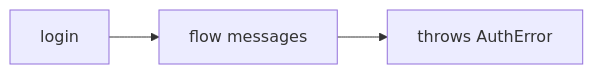
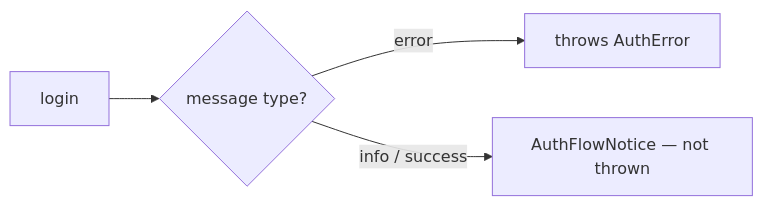
One commit to Jamisyed/MeeraAuth changed diagram 11 of 22 in Docs/USAGE.md. Above: the diagram before and after it, drawn with Mermaid. The commit also changed other lines of this file and 9 other files, not shown here.

First line of the commit message:
Document AuthFlowNotice returns and biometric APIs.

````diff
--- a/Docs/USAGE.md
+++ b/Docs/USAGE.md
@@ -918,5 +927,6 @@
 ```mermaid
 flowchart LR
-  A[login] --> B[flow messages]
-  B --> C[throws AuthError]
+  A[login] --> B{message type?}
+  B -->|error| C[throws AuthError]
+  B -->|info / success| D[AuthFlowNotice — not thrown]
 ```
````
